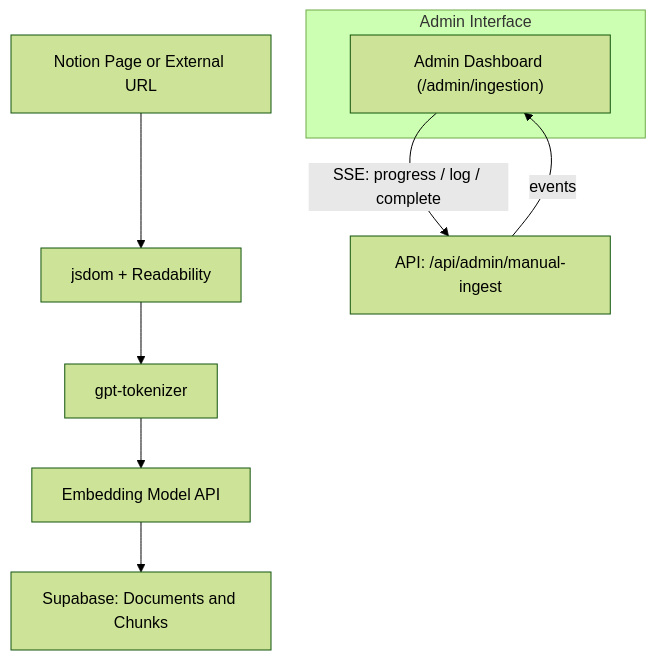
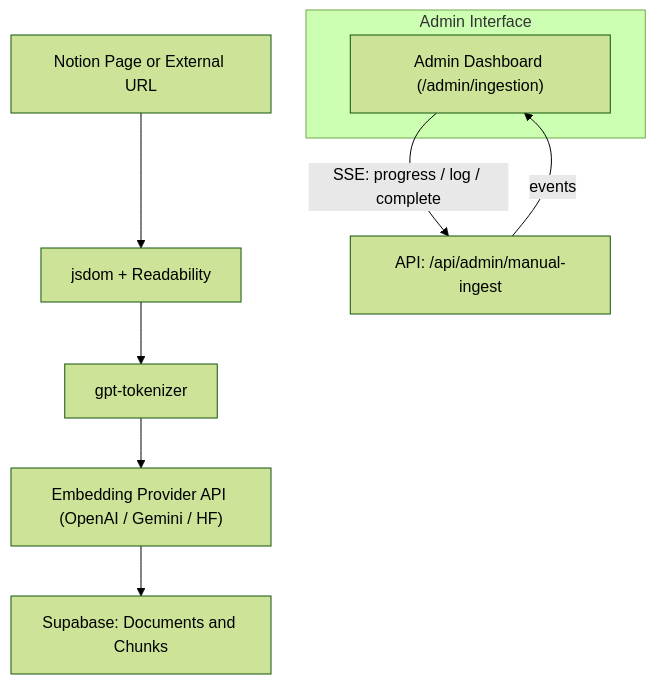
One commit to jack-h-park/nextjs-react-notion-x changed the third of 3 diagrams in readme.md. Above: the diagram before and after it, drawn with Mermaid (forest theme). The commit also changed other lines of this file and 13 other files, not shown here.

````diff
--- a/readme.md
+++ b/readme.md
@@ -131,14 +325,14 @@
 ```mermaid
   flowchart TD
   A["Notion Page or External URL"] --> B["jsdom + Readability"];
   B --> C["gpt-tokenizer"];
-  C --> D["Embedding Model API"];
+  C --> D["Embedding Provider API (OpenAI / Gemini / HF)"];
   D --> E["Supabase: Documents and Chunks"];
 
   subgraph "Admin Interface"
     F["Admin Dashboard (/admin/ingestion)"];
   end
 
   F -- "SSE: progress / log / complete" --> G["API: /api/admin/manual-ingest"];
   G -- "events" --> F;
 ```
````
